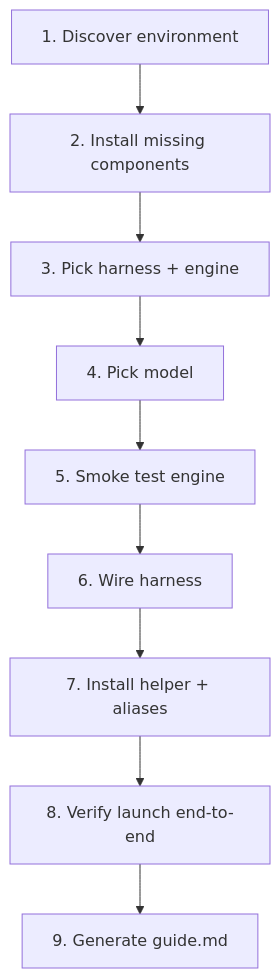
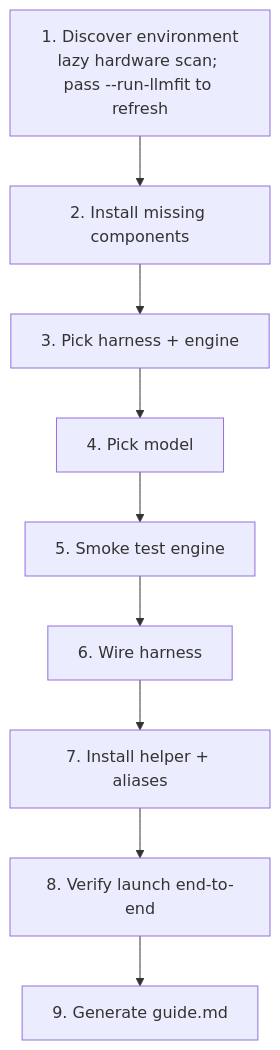
One commit to luongnv89/ccl changed the diagram in README.md. Above: the diagram before and after it, drawn with Mermaid. The commit also changed other lines of this file and 7 other files, not shown here.

First line of the commit message:
feat(wizard): optimize setup workflow with lazy llmfit + cache-aware picker (#79) (#80)

````diff
--- a/README.md
+++ b/README.md
@@ -113,11 +113,11 @@
 ```mermaid
 graph TD
-    A[1. Discover environment] --> B[2. Install missing components]
+    A[1. Discover environment<br>lazy hardware scan; pass --run-llmfit to refresh] --> B[2. Install missing components]
     B --> C[3. Pick harness + engine]
     C --> D[4. Pick model]
     D --> E[5. Smoke test engine]
     E --> F[6. Wire harness]
     F --> G[7. Install helper + aliases]
     G --> H[8. Verify launch end-to-end]
     H --> I[9. Generate guide.md]
 ```
````
